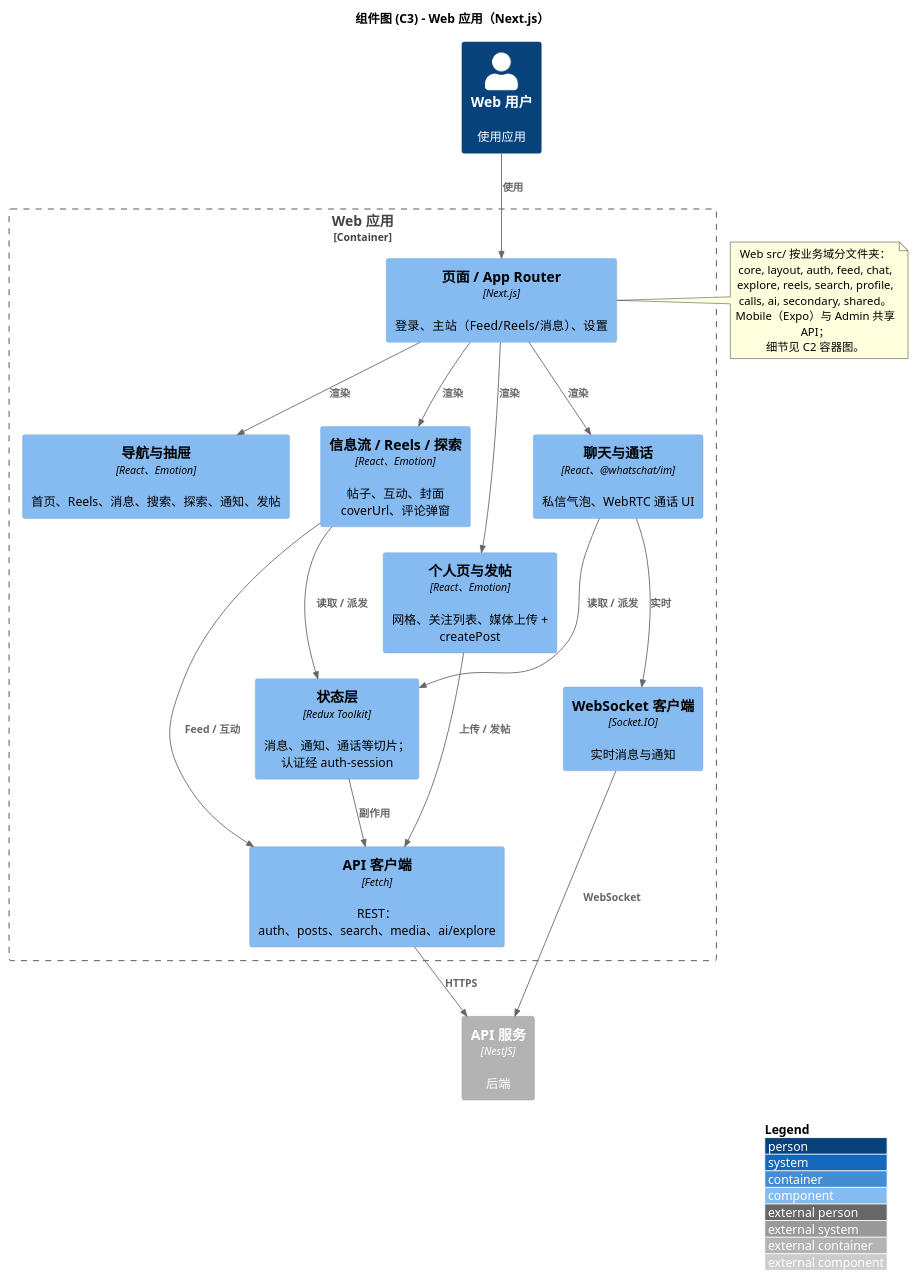
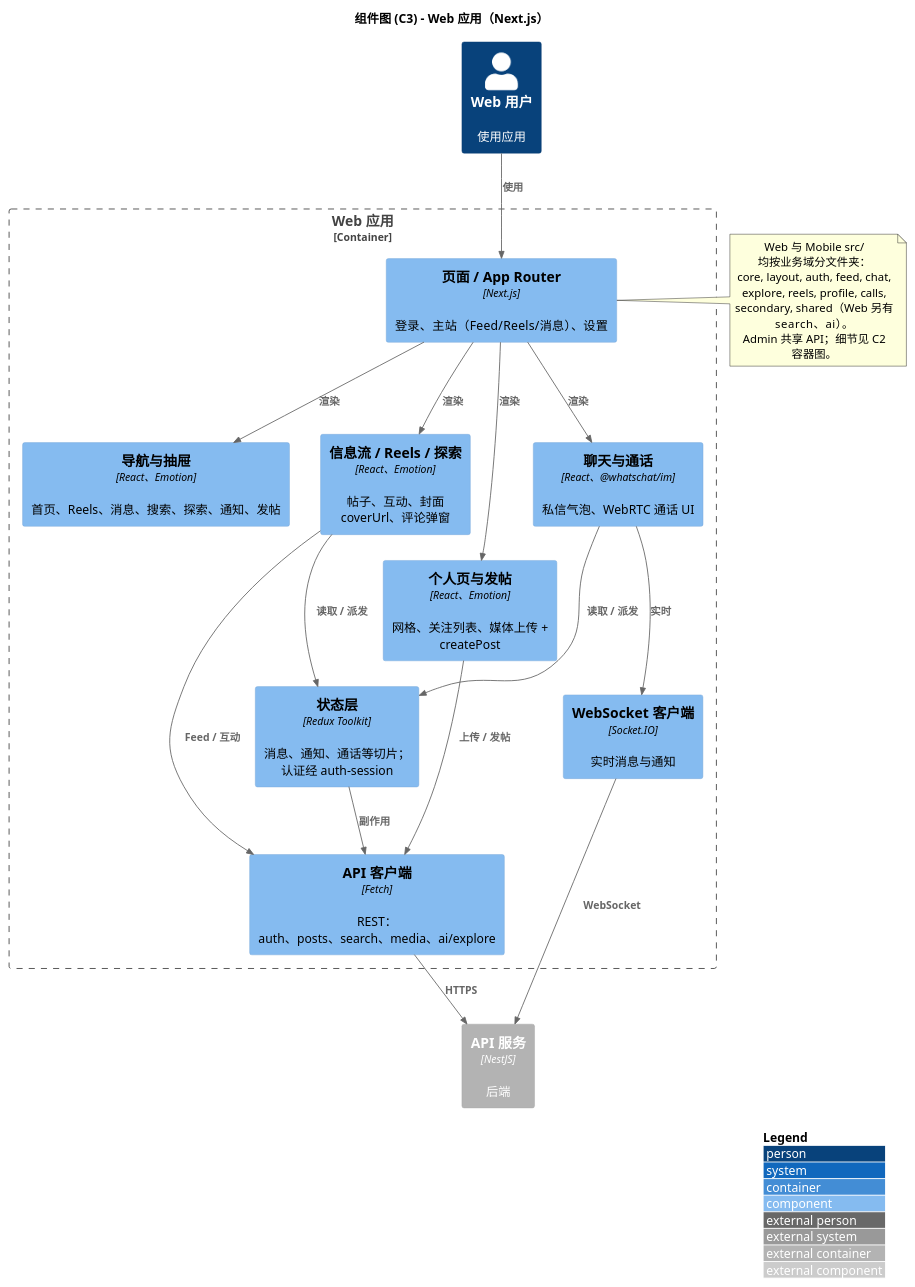
The diagram in docs/developer/c4-model/C3-Component-Frontend.puml (felixzhu97/explore-chat), drawn with PlantUML before and after one commit. The commit also changed 278 other files, not shown here.

```diff
--- a/docs/developer/c4-model/C3-Component-Frontend.puml
+++ b/docs/developer/c4-model/C3-Component-Frontend.puml
@@ -1,45 +1,44 @@
 @startuml C3-Component-Frontend
 !include https://raw.githubusercontent.com/plantuml-stdlib/C4-PlantUML/master/C4_Component.puml
 
 LAYOUT_WITH_LEGEND()
 
 title 组件图 (C3) - Web 应用（Next.js）
 
 Container_Boundary(web_app, "Web 应用") {
   Component(pages, "页面 / App Router", "Next.js", "登录、主站（Feed/Reels/消息）、设置")
   Component(nav_ui, "导航与抽屉", "React、Emotion", "首页、Reels、消息、搜索、探索、通知、发帖")
   Component(feed_ui, "信息流 / Reels / 探索", "React、Emotion", "帖子、互动、封面 coverUrl、评论弹窗")
   Component(chat_ui, "聊天与通话", "React、@whatschat/im", "私信气泡、WebRTC 通话 UI")
   Component(profile_ui, "个人页与发帖", "React、Emotion", "网格、关注列表、媒体上传 + createPost")
   Component(state, "状态层", "Redux Toolkit", "消息、通知、通话等切片；认证经 auth-session")
   Component(api_client, "API 客户端", "Fetch", "REST：auth、posts、search、media、ai/explore")
   Component(ws_client, "WebSocket 客户端", "Socket.IO", "实时消息与通知")
 }
 
 Container_Ext(api_server, "API 服务", "NestJS", "后端")
 Person(user, "Web 用户", "使用应用")
 
 Rel(user, pages, "使用")
 Rel(pages, nav_ui, "渲染")
 Rel(pages, feed_ui, "渲染")
 Rel(pages, chat_ui, "渲染")
 Rel(pages, profile_ui, "渲染")
 Rel(feed_ui, state, "读取 / 派发")
 Rel(chat_ui, state, "读取 / 派发")
 Rel(profile_ui, api_client, "上传 / 发帖")
 Rel(feed_ui, api_client, "Feed / 互动")
 Rel(chat_ui, ws_client, "实时")
 Rel(state, api_client, "副作用")
 Rel(api_client, api_server, "HTTPS")
 Rel(ws_client, api_server, "WebSocket")
 
 note right of pages
-  Web src/ 按业务域分文件夹：
+  Web 与 Mobile src/ 均按业务域分文件夹：
   core, layout, auth, feed, chat,
-  explore, reels, search, profile,
-  calls, ai, secondary, shared。
-  Mobile（Expo）与 Admin 共享 API；
-  细节见 C2 容器图。
+  explore, reels, profile, calls,
+  secondary, shared（Web 另有 search、ai）。
+  Admin 共享 API；细节见 C2 容器图。
 end note
 
 @enduml
```
